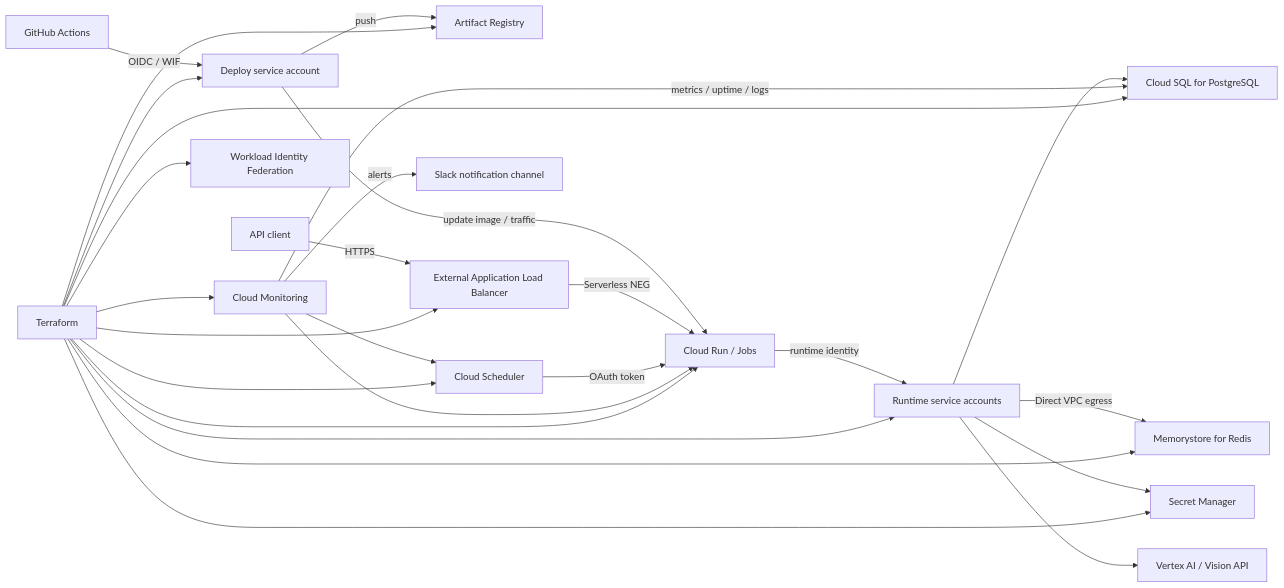
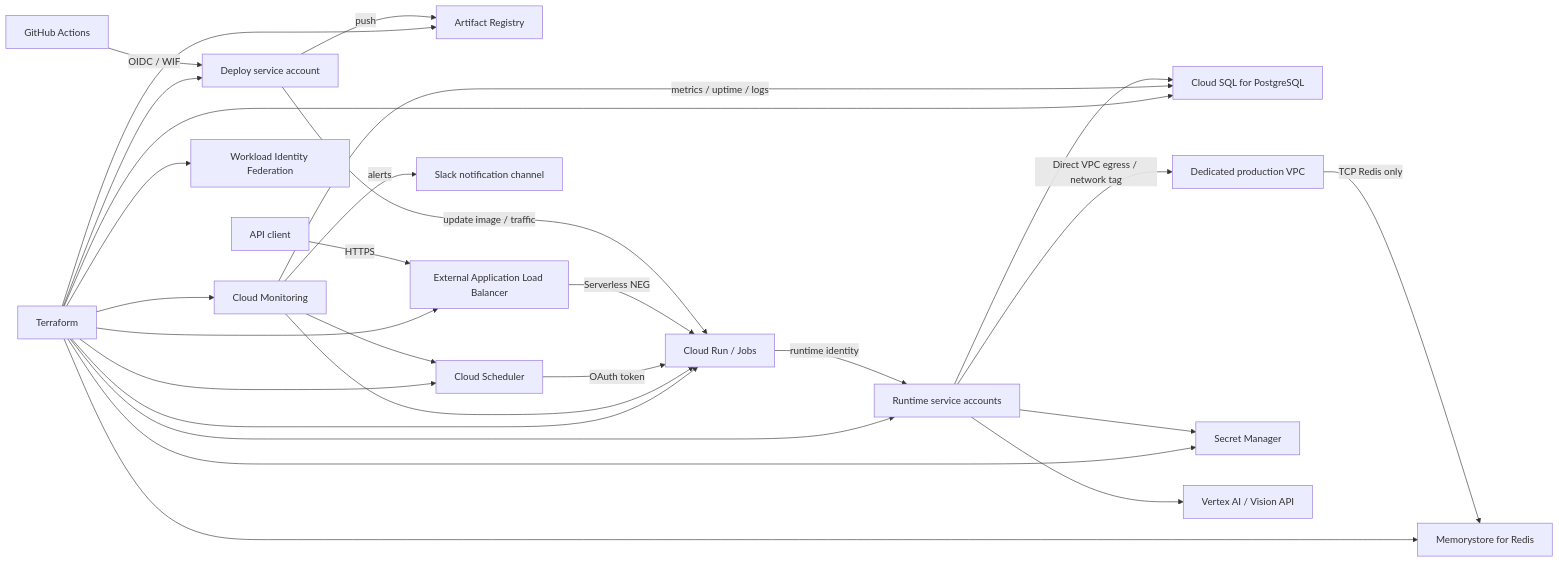
Before and after one commit to UCHIDAnobuhiro/stock-infra: the diagram in README.md, drawn with Mermaid. The commit also changed other lines of this file and 3 other files, not shown here.

````diff
--- a/README.md
+++ b/README.md
@@ -18,29 +18,30 @@
 ```mermaid
 flowchart LR
     GH["GitHub Actions"] -->|"OIDC / WIF"| DEPLOYER["Deploy service account"]
     DEPLOYER -->|"push"| AR["Artifact Registry"]
     DEPLOYER -->|"update image / traffic"| RUN["Cloud Run / Jobs"]
     CLIENT["API client"] -->|"HTTPS"| LB["External Application Load Balancer"]
     LB -->|"Serverless NEG"| RUN
     RUN -->|"runtime identity"| RUNTIME["Runtime service accounts"]
     RUNTIME --> SQL["Cloud SQL for PostgreSQL"]
-    RUNTIME -->|"Direct VPC egress"| REDIS["Memorystore for Redis"]
+    RUNTIME -->|"Direct VPC egress / network tag"| VPC["Dedicated production VPC"]
+    VPC -->|"TCP Redis only"| REDIS["Memorystore for Redis"]
     RUNTIME --> SECRETS["Secret Manager"]
     RUNTIME --> AI["Vertex AI / Vision API"]
     SCHED["Cloud Scheduler"] -->|"OAuth token"| RUN
     MON["Cloud Monitoring"] -->|"metrics / uptime / logs"| SQL
     MON --> RUN
     MON --> SCHED
     MON -->|"alerts"| SLACK["Slack notification channel"]
     TF["Terraform"] --> SQL
     TF --> REDIS
     TF --> AR
     TF --> SECRETS
     TF --> RUNTIME
     TF --> DEPLOYER
     TF --> WIF["Workload Identity Federation"]
     TF --> RUN
     TF --> LB
     TF --> SCHED
     TF --> MON
 ```
````
